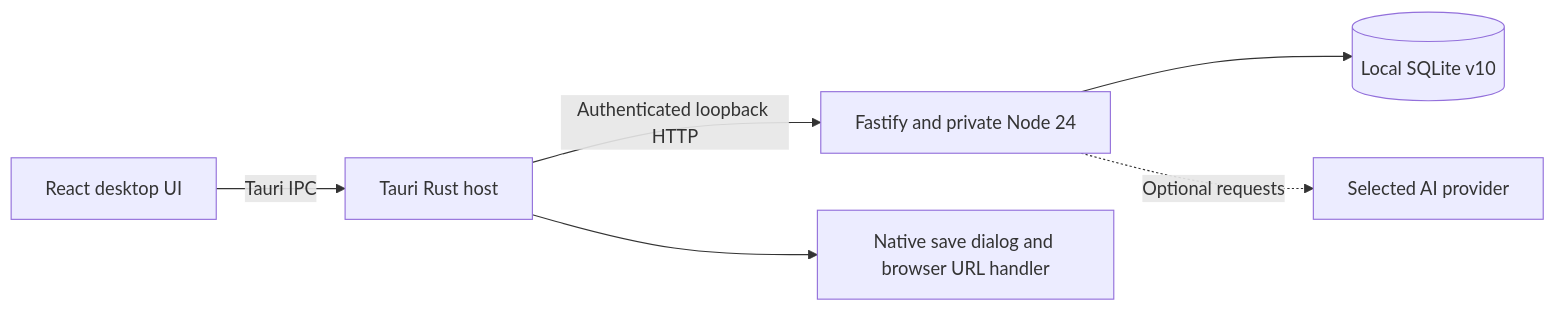
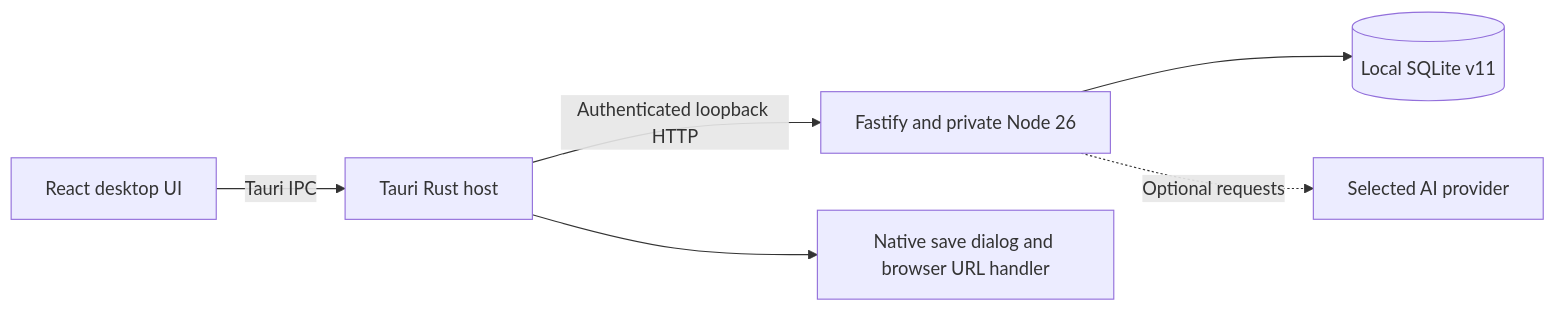
One commit to Yide-Milo-Li/LeetCode-Tracker changed the diagram in README.md. Above: the diagram before and after it, drawn with Mermaid. The commit also changed other lines of this file and 25 other files, not shown here.

````diff
--- a/README.md
+++ b/README.md
@@ -114,8 +114,8 @@
 ```mermaid
 flowchart LR
     UI[React desktop UI] -->|Tauri IPC| Host[Tauri Rust host]
-    Host -->|Authenticated loopback HTTP| API[Fastify and private Node 24]
-    API --> DB[(Local SQLite v10)]
+    Host -->|Authenticated loopback HTTP| API[Fastify and private Node 26]
+    API --> DB[(Local SQLite v11)]
     API -. Optional requests .-> AI[Selected AI provider]
     Host --> OS[Native save dialog and browser URL handler]
 ```
````
